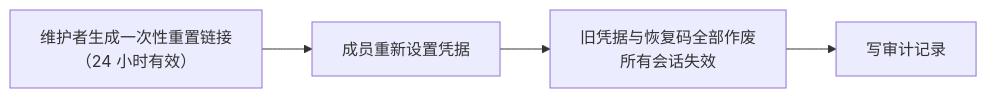
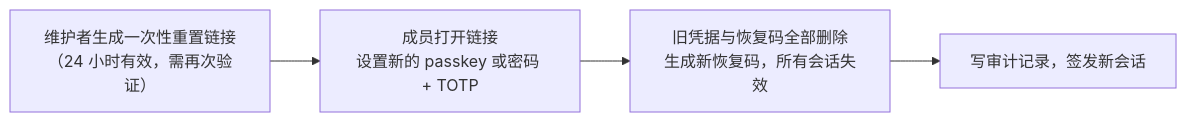
One commit to EatWell-Studio/OSFM changed the sixth of 7 diagrams in docs/architecture.md. Above: the diagram before and after it, drawn with Mermaid. The commit also changed other lines of this file and 48 other files, not shown here.

````diff
--- a/docs/architecture.md
+++ b/docs/architecture.md
@@ -170,6 +174,6 @@
 ```mermaid
 flowchart LR
-    s1["维护者生成一次性重置链接<br/>（24 小时有效）"] --> s2["成员重新设置凭据"]
-    s2 --> s3["旧凭据与恢复码全部作废<br/>所有会话失效"]
-    s3 --> s4["写审计记录"]
+    s1["维护者生成一次性重置链接<br/>（24 小时有效，需再次验证）"] --> s2["成员打开链接<br/>设置新的 passkey 或密码 + TOTP"]
+    s2 --> s3["旧凭据与恢复码全部删除<br/>生成新恢复码，所有会话失效"]
+    s3 --> s4["写审计记录，签发新会话"]
 ```
````
